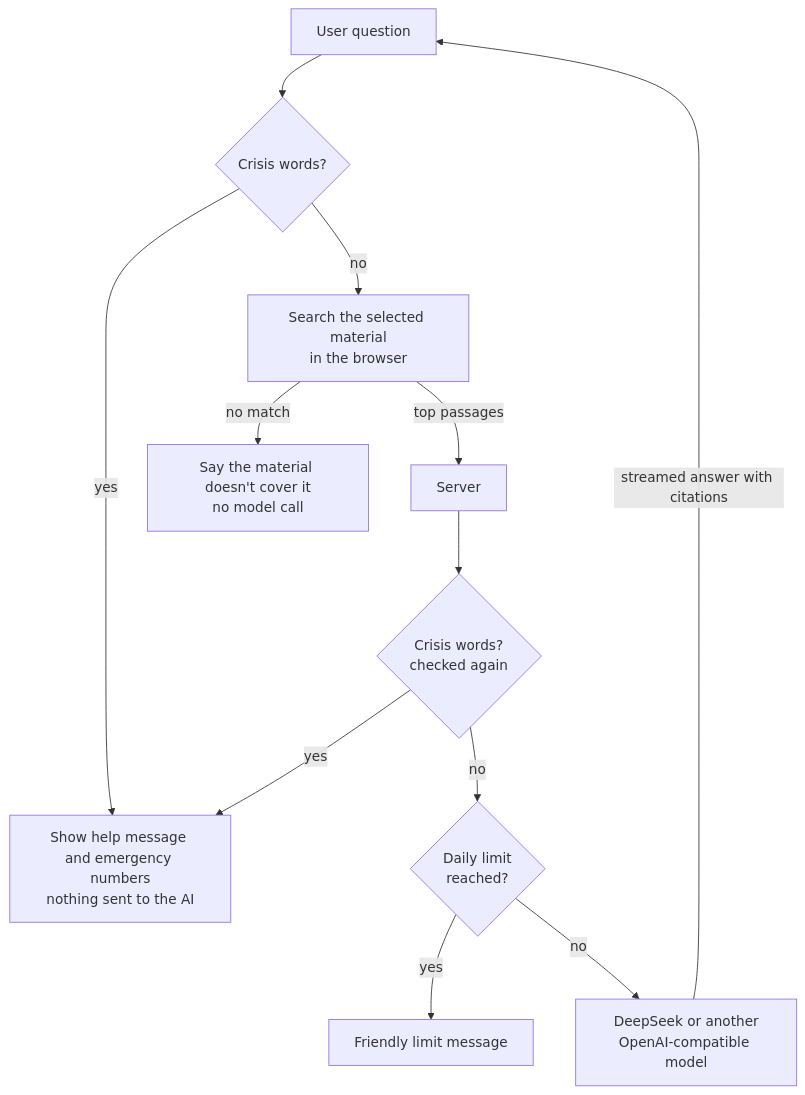
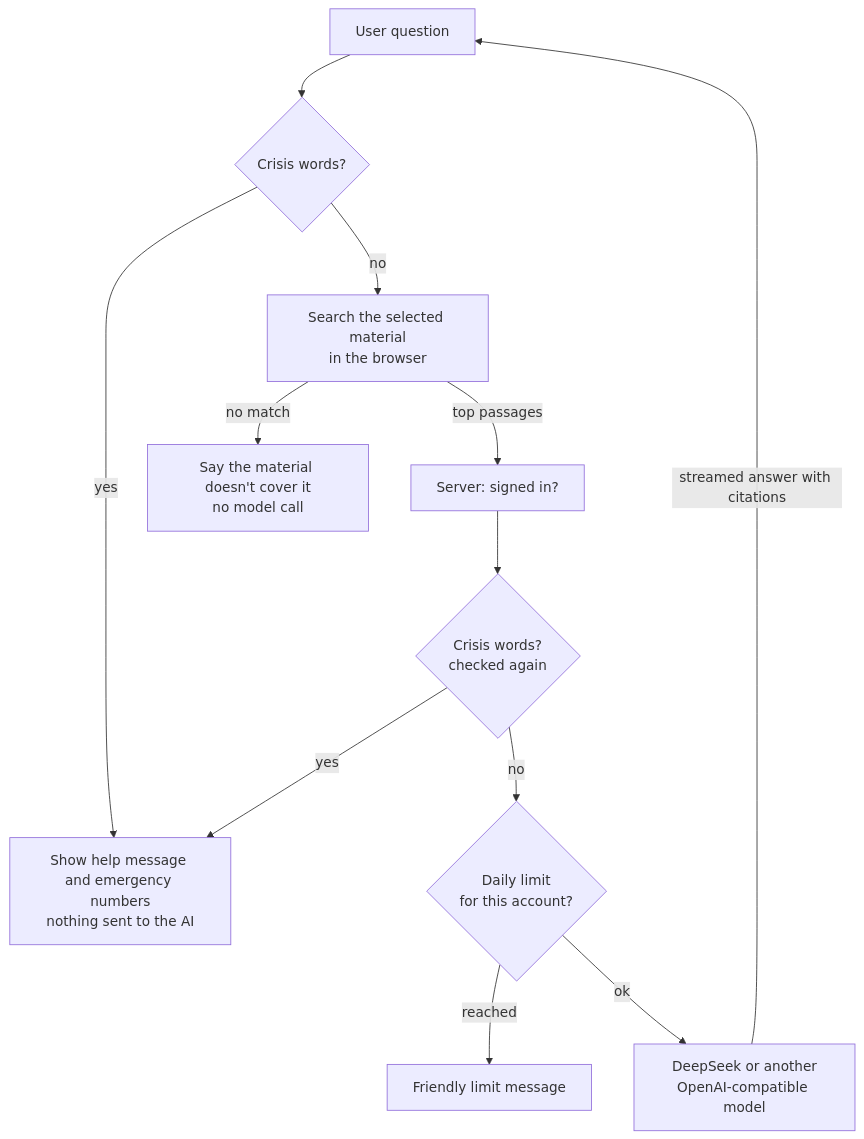
Before and after one commit to WHYNOT-LUO/unspoken-demo: the diagram in README.md, drawn with Mermaid. The commit also changed other lines of this file and 14 other files, not shown here.

````diff
--- a/README.md
+++ b/README.md
@@ -73,14 +88,14 @@
 ```mermaid
 flowchart TD
   U[User question] --> C{Crisis words?}
   C -- yes --> H[Show help message and emergency numbers<br/>nothing sent to the AI]
   C -- no --> R[Search the selected material<br/>in the browser]
   R -- no match --> N[Say the material doesn't cover it<br/>no model call]
-  R -- top passages --> S[Server]
+  R -- top passages --> S[Server: signed in?]
   S --> C2{Crisis words?<br/>checked again}
   C2 -- yes --> H
-  C2 -- no --> L{Daily limit<br/>reached?}
-  L -- yes --> E[Friendly limit message]
-  L -- no --> M[DeepSeek or another<br/>OpenAI-compatible model]
+  C2 -- no --> L{Daily limit<br/>for this account?}
+  L -- reached --> E[Friendly limit message]
+  L -- ok --> M[DeepSeek or another<br/>OpenAI-compatible model]
   M -- streamed answer with citations --> U
 ```
````
